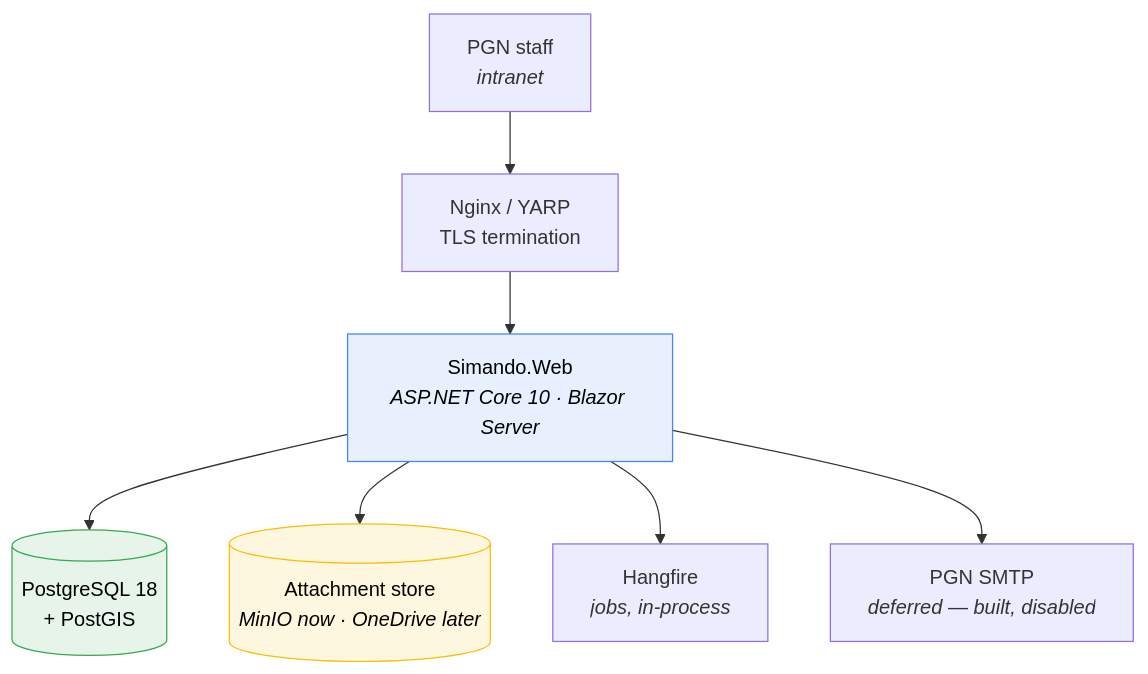
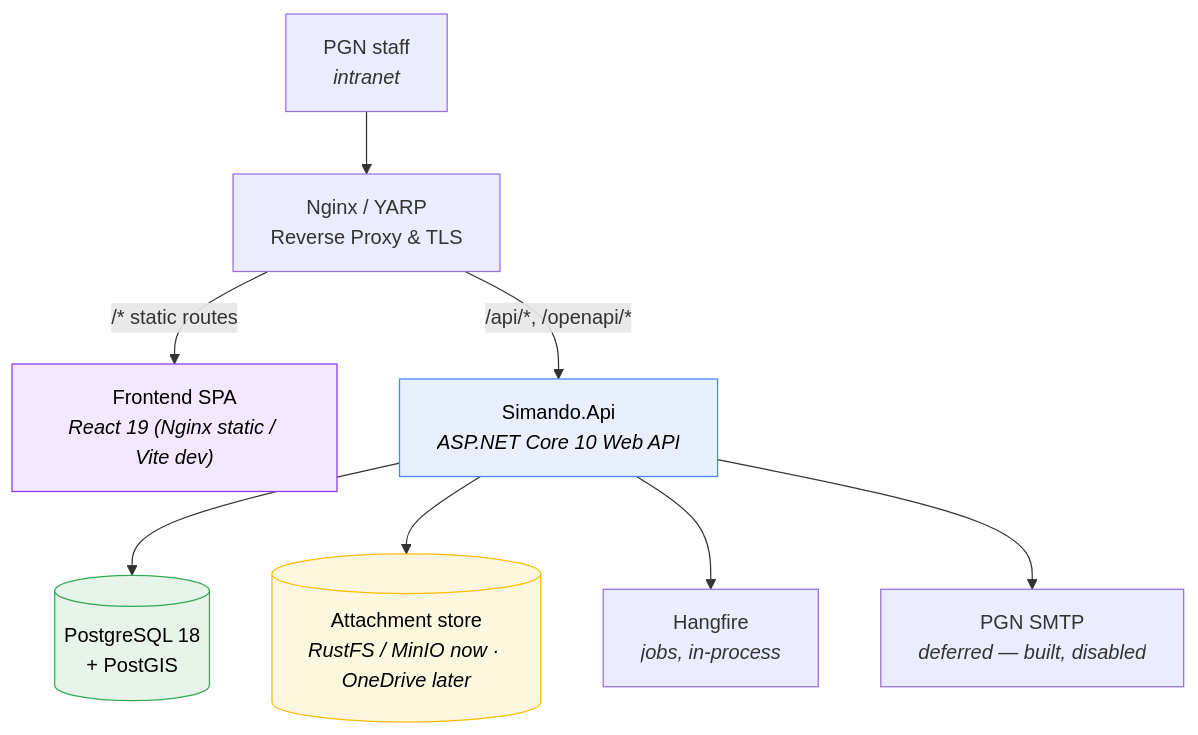
One commit to Freezer9/PGN-dms-simando changed the second of 2 diagrams in docs/build/architecture.md. Above: the diagram before and after it, drawn with Mermaid. The commit also changed other lines of this file and 22 other files, not shown here.

Commit message:
docs: update architecture, conventions, skills, and backlogs for .NET Web API and React SPA split

````diff
--- a/docs/build/architecture.md
+++ b/docs/build/architecture.md
@@ -326,13 +322,15 @@
 ```mermaid
 flowchart TD
-    U["PGN staff<br/><i>intranet</i>"] --> RP["Nginx / YARP<br/>TLS termination"]
-    RP --> APP["Simando.Web<br/><i>ASP.NET Core 10 · Blazor Server</i>"]
-    APP --> PG[("PostgreSQL 18<br/>+ PostGIS")]
-    APP --> STORE[("Attachment store<br/><i>MinIO now · OneDrive later</i>")]
-    APP --> HF["Hangfire<br/><i>jobs, in-process</i>"]
-    APP --> SMTP["PGN SMTP<br/><i>deferred — built, disabled</i>"]
+    U["PGN staff<br/><i>intranet</i>"] --> RP["Nginx / YARP<br/>Reverse Proxy & TLS"]
+    RP -->|/* static routes| FE["Frontend SPA<br/><i>React 19 (Nginx static / Vite dev)</i>"]
+    RP -->|/api/*, /openapi/*| API["Simando.Api<br/><i>ASP.NET Core 10 Web API</i>"]
+    API --> PG[("PostgreSQL 18<br/>+ PostGIS")]
+    API --> STORE[("Attachment store<br/><i>RustFS / MinIO now · OneDrive later</i>")]
+    API --> HF["Hangfire<br/><i>jobs, in-process</i>"]
+    API --> SMTP["PGN SMTP<br/><i>deferred — built, disabled</i>"]
 
-    style APP fill:#e8f0fe,stroke:#4285f4,color:#000
+    style FE fill:#f3e8fd,stroke:#9333ea,color:#000
+    style API fill:#e8f0fe,stroke:#4285f4,color:#000
     style PG fill:#e6f4ea,stroke:#34a853,color:#000
     style STORE fill:#fef7e0,stroke:#fbbc04,color:#000
 ```
````
